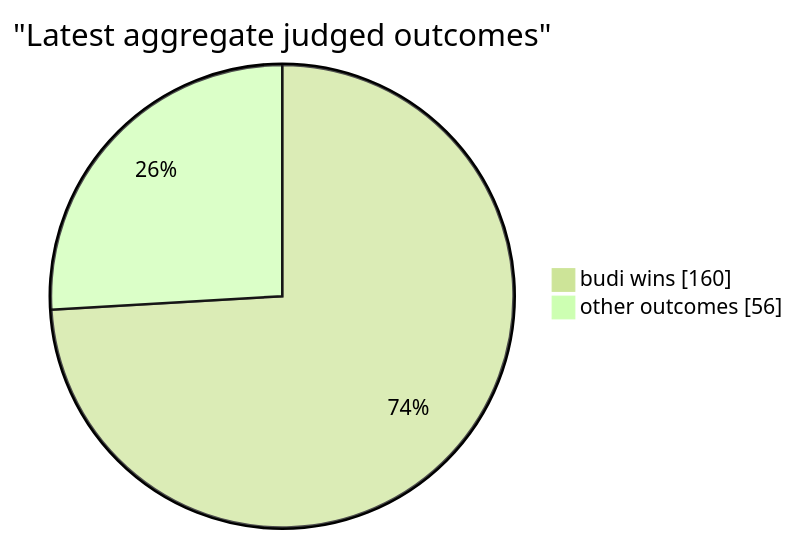
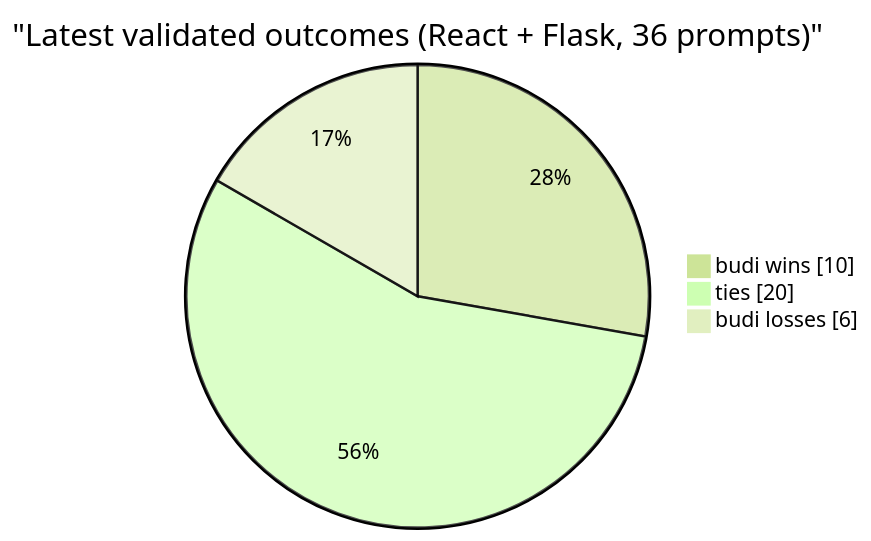
One commit to siropkin/budi changed the second of 2 diagrams in README.md. Above: the diagram before and after it, drawn with Mermaid (forest theme). The commit also changed other lines of this file and 2 other files, not shown here.

First line of the commit message:
Refresh benchmark docs and README with latest validated numbers.

````diff
--- a/README.md
+++ b/README.md
@@ -60,6 +44,7 @@
 ```mermaid
 pie showData
-    title "Latest aggregate judged outcomes"
-    "budi wins" : 160
-    "other outcomes" : 56
+    title "Latest validated outcomes (React + Flask, 36 prompts)"
+    "budi wins" : 10
+    "ties" : 20
+    "budi losses" : 6
 ```
````
